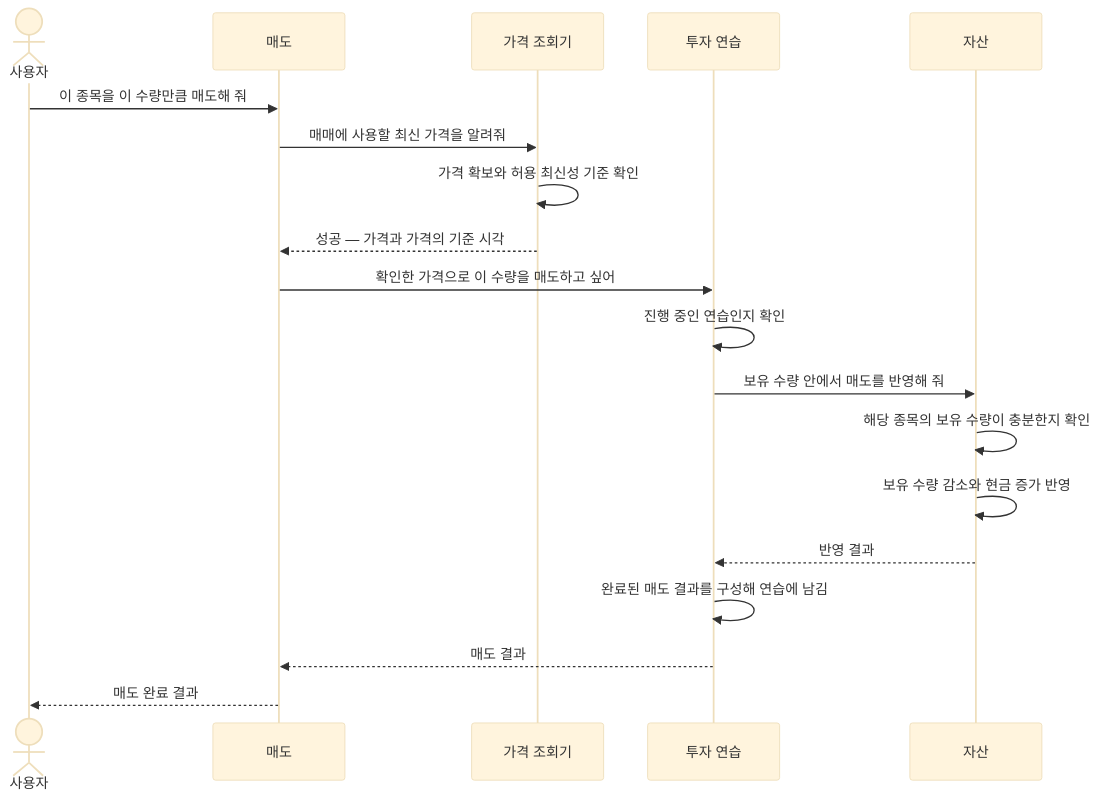
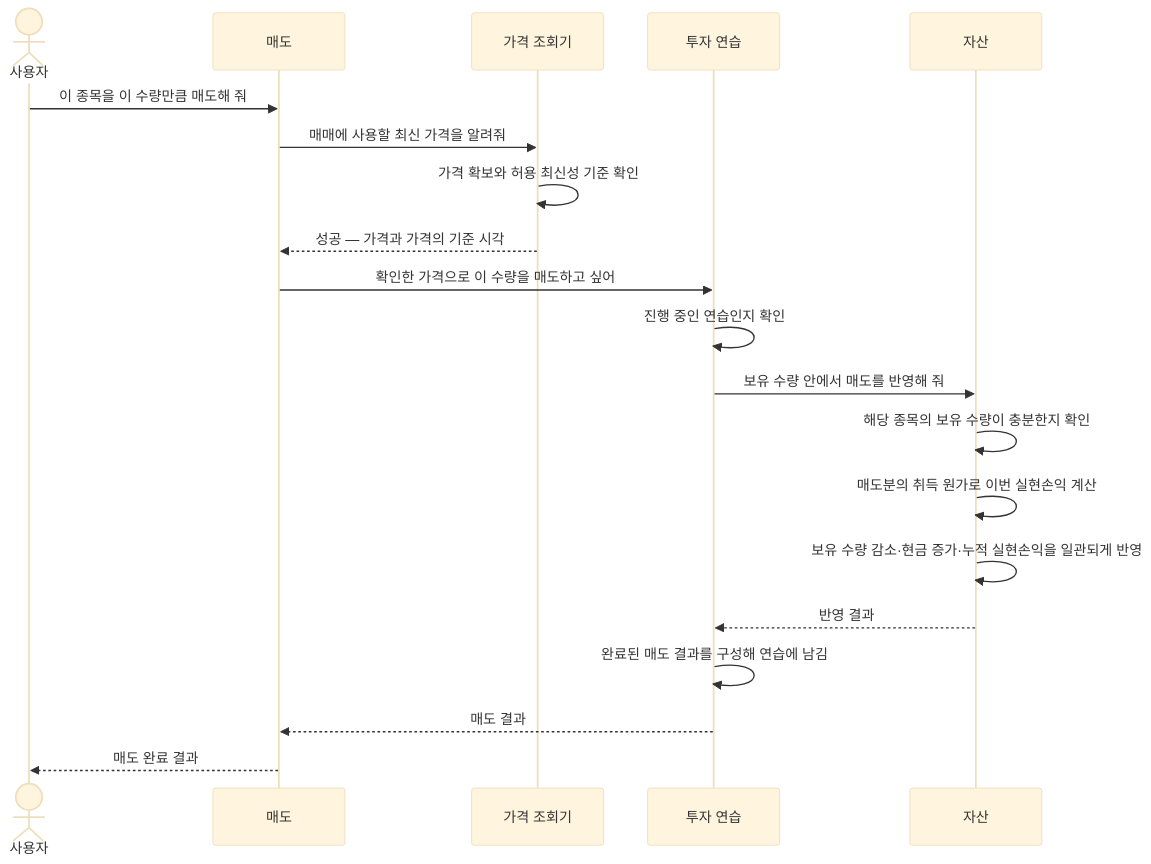
Before and after one commit to PhilPark-geosr/stock-agent: the first of 3 diagrams in design/paper_trading_sell_sequence.md, drawn with Mermaid (base theme). The commit also changed other lines of this file and 4 other files, not shown here.

````diff
--- a/design/paper_trading_sell_sequence.md
+++ b/design/paper_trading_sell_sequence.md
@@ -19,22 +19,23 @@
 ```mermaid
 sequenceDiagram
     actor 사용자
     participant 매도
     participant 가격조회기 as 가격 조회기
     participant 투자연습 as 투자 연습
     participant 자산
 
     사용자->>매도: 이 종목을 이 수량만큼 매도해 줘
     매도->>가격조회기: 매매에 사용할 최신 가격을 알려줘
     가격조회기->>가격조회기: 가격 확보와 허용 최신성 기준 확인
     가격조회기-->>매도: 성공 — 가격과 가격의 기준 시각
     매도->>투자연습: 확인한 가격으로 이 수량을 매도하고 싶어
     투자연습->>투자연습: 진행 중인 연습인지 확인
     투자연습->>자산: 보유 수량 안에서 매도를 반영해 줘
     자산->>자산: 해당 종목의 보유 수량이 충분한지 확인
-    자산->>자산: 보유 수량 감소와 현금 증가 반영
+    자산->>자산: 매도분의 취득 원가로 이번 실현손익 계산
+    자산->>자산: 보유 수량 감소·현금 증가·누적 실현손익을 일관되게 반영
     자산-->>투자연습: 반영 결과
     투자연습->>투자연습: 완료된 매도 결과를 구성해 연습에 남김
     투자연습-->>매도: 매도 결과
     매도-->>사용자: 매도 완료 결과
 ```
````
